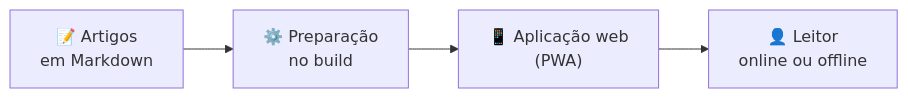
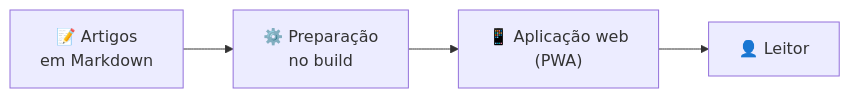
One commit to VictorCardosoOl/Base_de_Conhecimento changed the diagram in BaseCore/README.md. Above: the diagram before and after it, drawn with Mermaid. The commit also changed other lines of this file and 326 other files, not shown here.

````diff
--- a/BaseCore/README.md
+++ b/BaseCore/README.md
@@ -124,6 +123,6 @@
 ```mermaid
 flowchart LR
     A["📝 Artigos<br/>em Markdown"] --> B["⚙️ Preparação<br/>no build"]
     B --> C["📱 Aplicação web<br/>(PWA)"]
-    C --> D["👤 Leitor<br/>online ou offline"]
+    C --> D["👤 Leitor"]
 ```
````
